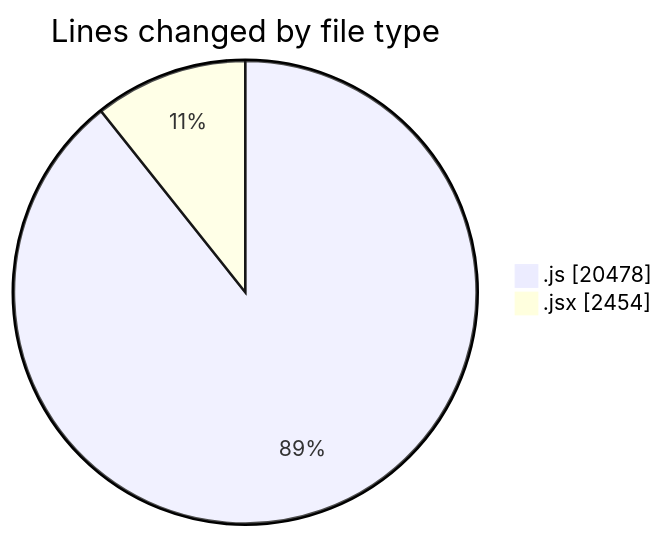
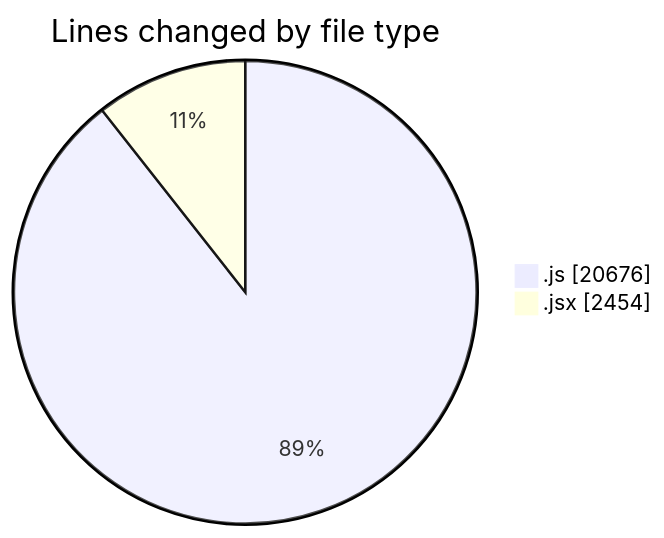
Before and after one commit to nxtqubesakshisongat/code-tracking: the first of 2 diagrams in 2025-09-30/nxtqube_webapp/README.md, drawn with Mermaid. The commit also changed other lines of this file and 1 other file, not shown here.

````diff
--- a/2025-09-30/nxtqube_webapp/README.md
+++ b/2025-09-30/nxtqube_webapp/README.md
@@ -23,6 +23,6 @@
 ```mermaid
 pie showData
 title Lines changed by file type
-".js" : 20478
+".js" : 20676
 ".jsx" : 2454
 ```
````
